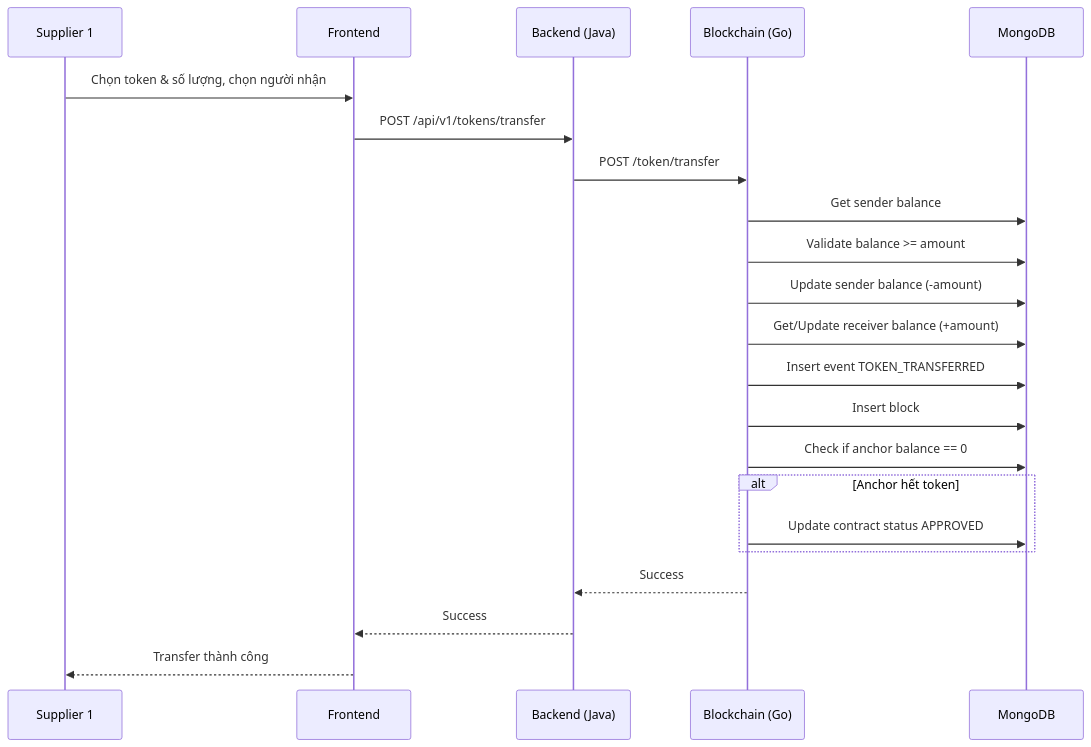
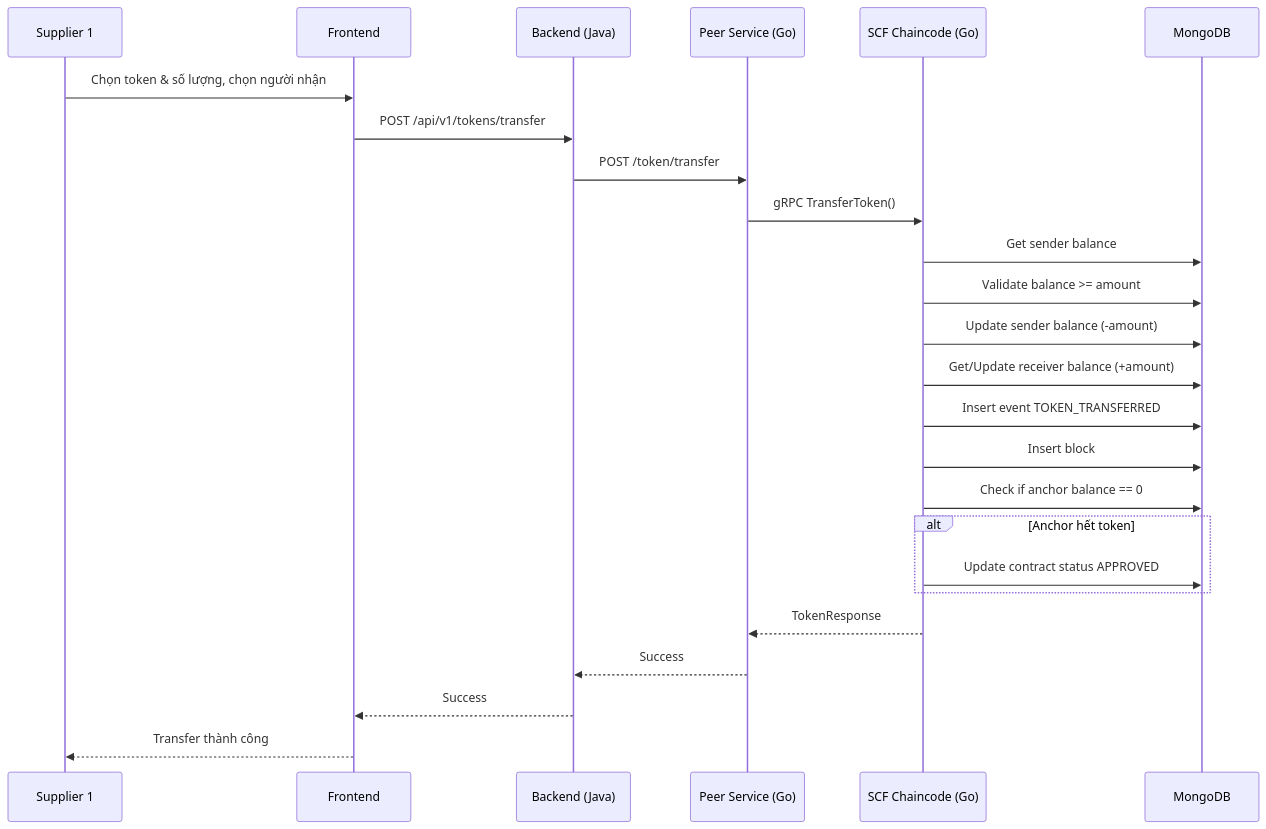
Before and after one commit to trunghc97/blockchain: the fifth of 11 diagrams in System_Design_Document.md, drawn with Mermaid. The commit also changed other lines of this file and 76 other files, not shown here.

````diff
--- a/System_Design_Document.md
+++ b/System_Design_Document.md
@@ -665,25 +700,28 @@
 ```mermaid
 sequenceDiagram
     participant S1 as Supplier 1
     participant FE as Frontend
     participant BE as Backend (Java)
-    participant BC as Blockchain (Go)
+    participant PEER as Peer Service (Go)
+    participant CHAIN as SCF Chaincode (Go)
     participant DB as MongoDB
 
     S1->>FE: Chọn token & số lượng, chọn người nhận
     FE->>BE: POST /api/v1/tokens/transfer
-    BE->>BC: POST /token/transfer
-    BC->>DB: Get sender balance
-    BC->>DB: Validate balance >= amount
-    BC->>DB: Update sender balance (-amount)
-    BC->>DB: Get/Update receiver balance (+amount)
-    BC->>DB: Insert event TOKEN_TRANSFERRED
-    BC->>DB: Insert block
-    BC->>DB: Check if anchor balance == 0
+    BE->>PEER: POST /token/transfer
+    PEER->>CHAIN: gRPC TransferToken()
+    CHAIN->>DB: Get sender balance
+    CHAIN->>DB: Validate balance >= amount
+    CHAIN->>DB: Update sender balance (-amount)
+    CHAIN->>DB: Get/Update receiver balance (+amount)
+    CHAIN->>DB: Insert event TOKEN_TRANSFERRED
+    CHAIN->>DB: Insert block
+    CHAIN->>DB: Check if anchor balance == 0
     alt Anchor hết token
-        BC->>DB: Update contract status APPROVED
+        CHAIN->>DB: Update contract status APPROVED
     end
-    BC-->>BE: Success
+    CHAIN-->>PEER: TokenResponse
+    PEER-->>BE: Success
     BE-->>FE: Success
     FE-->>S1: Transfer thành công
 ```
````
